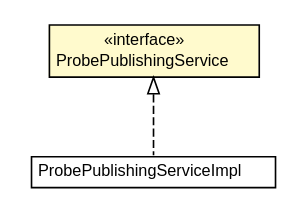
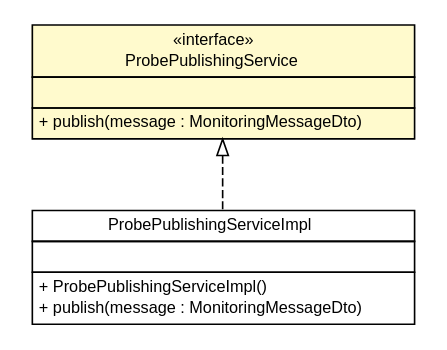
Before and after one commit to serene-project/serene-collector: the diagram in apidocs/net/sereneproject/collector/service/ProbePublishingService.dot, drawn with Graphviz. The commit also changed 299 other files, not shown here.

```diff
--- a/apidocs/net/sereneproject/collector/service/ProbePublishingService.dot
+++ b/apidocs/net/sereneproject/collector/service/ProbePublishingService.dot
@@ -1,27 +1,40 @@
 #!/usr/local/bin/dot
 #
 # Class diagram 
 # Generated by UMLGraph version 5.1 (http://www.umlgraph.org/)
 #
 
 digraph G {
 	edge [fontname="Helvetica",fontsize=10,labelfontname="Helvetica",labelfontsize=10];
 	node [fontname="Helvetica",fontsize=10,shape=plaintext];
 	nodesep=0.25;
 	ranksep=0.5;
+	// net.sereneproject.collector.service.impl.ProbePublishingServiceImpl
+	c283 [label=<<table title="net.sereneproject.collector.service.impl.ProbePublishingServiceImpl" border="0" cellborder="1" cellspacing="0" cellpadding="2" port="p" href="./impl/ProbePublishingServiceImpl.html">
+		<tr><td><table border="0" cellspacing="0" cellpadding="1">
+<tr><td align="center" balign="center"> ProbePublishingServiceImpl </td></tr>
+		</table></td></tr>
+		<tr><td><table border="0" cellspacing="0" cellpadding="1">
+<tr><td align="left" balign="left">  </td></tr>
+		</table></td></tr>
+		<tr><td><table border="0" cellspacing="0" cellpadding="1">
+<tr><td align="left" balign="left"> + ProbePublishingServiceImpl() </td></tr>
+<tr><td align="left" balign="left"> + publish(message : MonitoringMessageDto) </td></tr>
+		</table></td></tr>
+		</table>>, fontname="Helvetica", fontcolor="black", fontsize=10.0];
 	// net.sereneproject.collector.service.ProbePublishingService
-	c269 [label=<<table title="net.sereneproject.collector.service.ProbePublishingService" border="0" cellborder="1" cellspacing="0" cellpadding="2" port="p" bgcolor="lemonChiffon" href="./ProbePublishingService.html">
+	c284 [label=<<table title="net.sereneproject.collector.service.ProbePublishingService" border="0" cellborder="1" cellspacing="0" cellpadding="2" port="p" bgcolor="lemonChiffon" href="./ProbePublishingService.html">
 		<tr><td><table border="0" cellspacing="0" cellpadding="1">
 <tr><td align="center" balign="center"> &#171;interface&#187; </td></tr>
 <tr><td align="center" balign="center"> ProbePublishingService </td></tr>
 		</table></td></tr>
-		</table>>, fontname="Helvetica", fontcolor="black", fontsize=10.0];
-	// net.sereneproject.collector.service.impl.ProbePublishingServiceImpl
-	c270 [label=<<table title="net.sereneproject.collector.service.impl.ProbePublishingServiceImpl" border="0" cellborder="1" cellspacing="0" cellpadding="2" port="p" href="./impl/ProbePublishingServiceImpl.html">
 		<tr><td><table border="0" cellspacing="0" cellpadding="1">
-<tr><td align="center" balign="center"> ProbePublishingServiceImpl </td></tr>
+<tr><td align="left" balign="left">  </td></tr>
+		</table></td></tr>
+		<tr><td><table border="0" cellspacing="0" cellpadding="1">
+<tr><td align="left" balign="left"> + publish(message : MonitoringMessageDto) </td></tr>
 		</table></td></tr>
 		</table>>, fontname="Helvetica", fontcolor="black", fontsize=10.0];
 	//net.sereneproject.collector.service.impl.ProbePublishingServiceImpl implements net.sereneproject.collector.service.ProbePublishingService
-	c269:p -> c270:p [dir=back,arrowtail=empty,style=dashed];
+	c284:p -> c283:p [dir=back,arrowtail=empty,style=dashed];
 }
```
